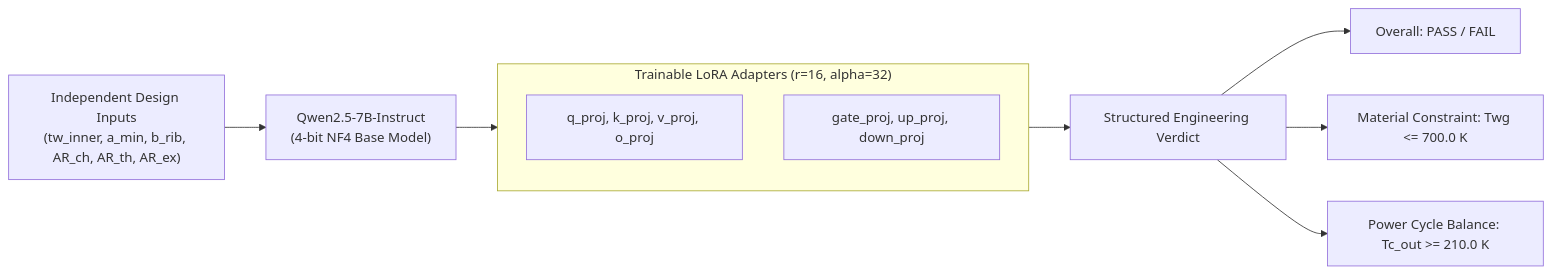
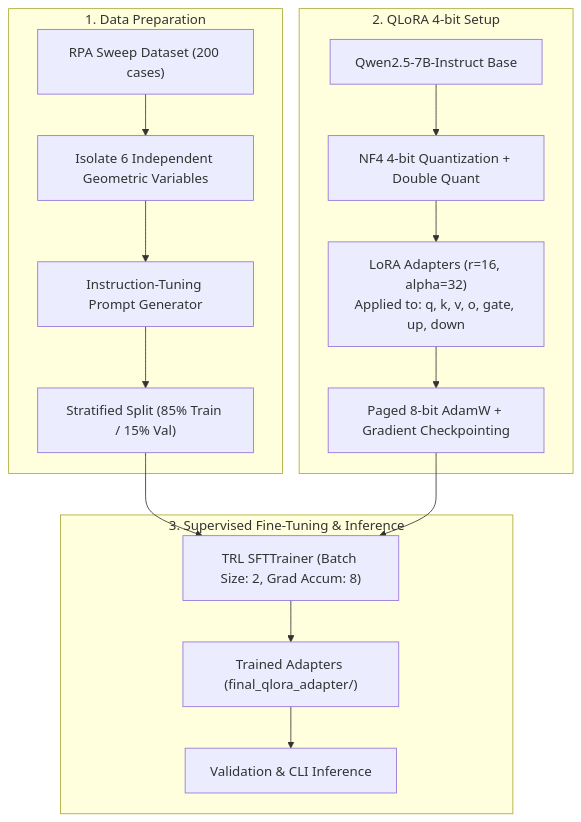
Before and after one commit to Konakanchi-03/rocket-cooling-channel-qlora: the diagram in README.md, drawn with Mermaid. The commit also changed other lines of this file, not shown here.

````diff
--- a/README.md
+++ b/README.md
@@ -15,13 +93,21 @@
 ```mermaid
-flowchart LR
-    A["Independent Design Inputs<br/>(tw_inner, a_min, b_rib, AR_ch, AR_th, AR_ex)"] --> B["Qwen2.5-7B-Instruct<br/>(4-bit NF4 Base Model)"]
-    subgraph QLoRA_Adapter ["Trainable LoRA Adapters (r=16, alpha=32)"]
-        B1["q_proj, k_proj, v_proj, o_proj"]
-        B2["gate_proj, up_proj, down_proj"]
+flowchart TD
+    subgraph Phase1 ["1. Data Preparation"]
+        Raw["RPA Sweep Dataset (200 cases)"] --> Clean["Isolate 6 Independent Geometric Variables"]
+        Clean --> Prompt["Instruction-Tuning Prompt Generator"]
+        Prompt --> Strat["Stratified Split (85% Train / 15% Val)"]
     end
-    B --> QLoRA_Adapter
-    QLoRA_Adapter --> C["Structured Engineering Verdict"]
-    C --> D["Overall: PASS / FAIL"]
-    C --> E["Material Constraint: Twg <= 700.0 K"]
-    C --> F["Power Cycle Balance: Tc_out >= 210.0 K"]
+
+    subgraph Phase2 ["2. QLoRA 4-bit Setup"]
+        Qwen["Qwen2.5-7B-Instruct Base"] --> Quant["NF4 4-bit Quantization + Double Quant"]
+        Quant --> LoRA["LoRA Adapters (r=16, alpha=32)<br/>Applied to: q, k, v, o, gate, up, down"]
+        LoRA --> Opt["Paged 8-bit AdamW + Gradient Checkpointing"]
+    end
+
+    subgraph Phase3 ["3. Supervised Fine-Tuning & Inference"]
+        Strat --> SFT["TRL SFTTrainer (Batch Size: 2, Grad Accum: 8)"]
+        Opt --> SFT
+        SFT --> Checkpoint["Trained Adapters (final_qlora_adapter/)"]
+        Checkpoint --> Eval["Validation & CLI Inference"]
+    end
 ```
````
